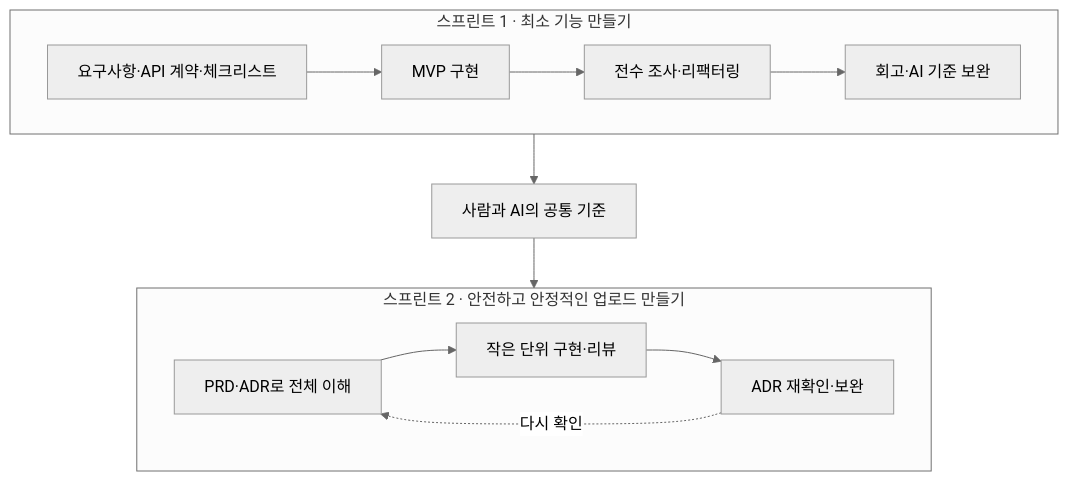
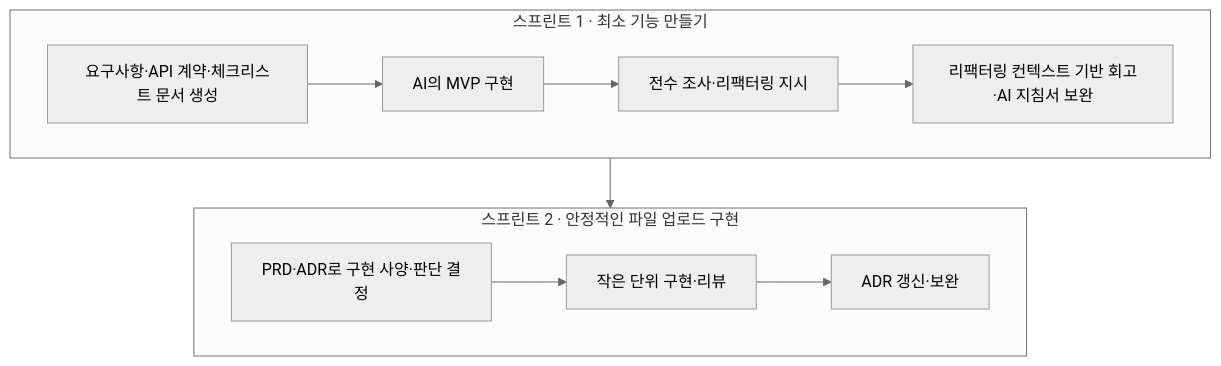
One commit to seokjun7410/file-upload changed the first of 2 diagrams in docs/ai-assisted-development-workflow.md. Above: the diagram before and after it, drawn with Mermaid (neutral theme). The commit also changed other lines of this file and 1 other file, not shown here.

````diff
--- a/docs/ai-assisted-development-workflow.md
+++ b/docs/ai-assisted-development-workflow.md
@@ -5,20 +5,17 @@
 ```mermaid
 flowchart TB
     subgraph S1[스프린트 1 · 최소 기능 만들기]
         direction LR
-        A[요구사항·API 계약·체크리스트] --> B[MVP 구현]
-        B --> C[전수 조사·리팩터링]
-        C --> D[회고·AI 기준 보완]
+        A[요구사항·API 계약·체크리스트 문서 생성] --> B[AI의 MVP 구현]
+        B --> C[전수 조사·리팩터링 지시]
+        C --> D[리팩터링 컨텍스트 기반 회고·AI 지침서 보완]
     end
 
-    E[사람과 AI의 공통 기준]
-
-    subgraph S2[스프린트 2 · 안전하고 안정적인 업로드 만들기]
+    subgraph S2[스프린트 2 · 안정적인 파일 업로드 구현]
         direction LR
-        F[PRD·ADR로 전체 이해] --> G[작은 단위 구현·리뷰]
-        G --> H[ADR 재확인·보완]
-        H -. 다시 확인 .-> F
+        E[PRD·ADR로 구현 사양·판단 결정] --> F[작은 단위 구현·리뷰]
+        F --> G[ADR 갱신·보완]
     end
 
-    S1 --> E --> S2
+    S1 --> S2
 ```
````
